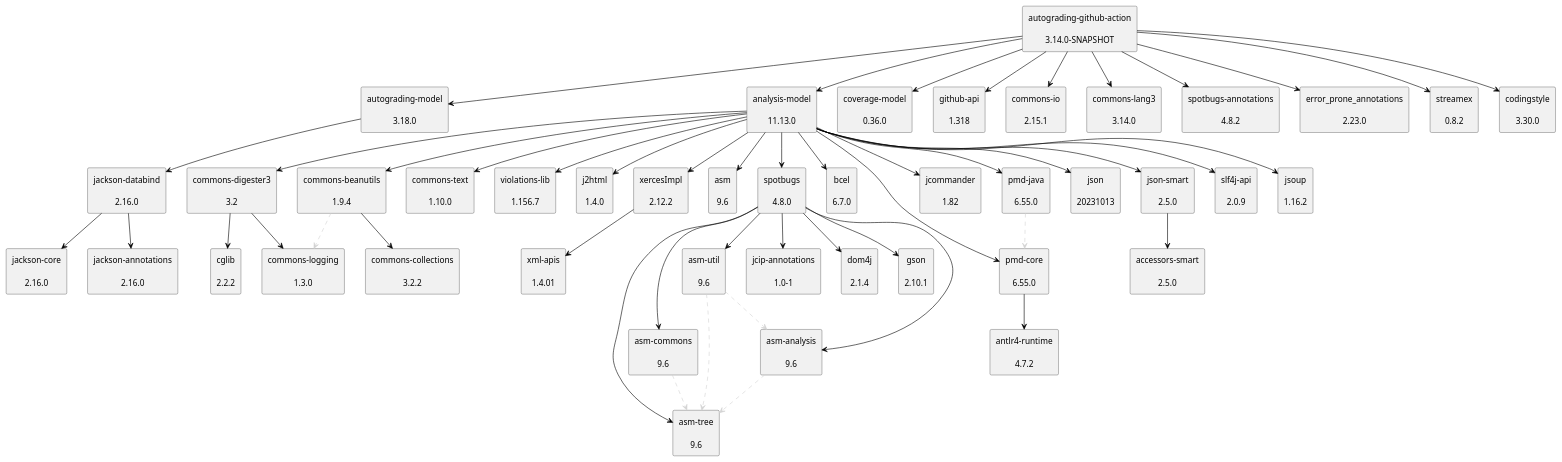
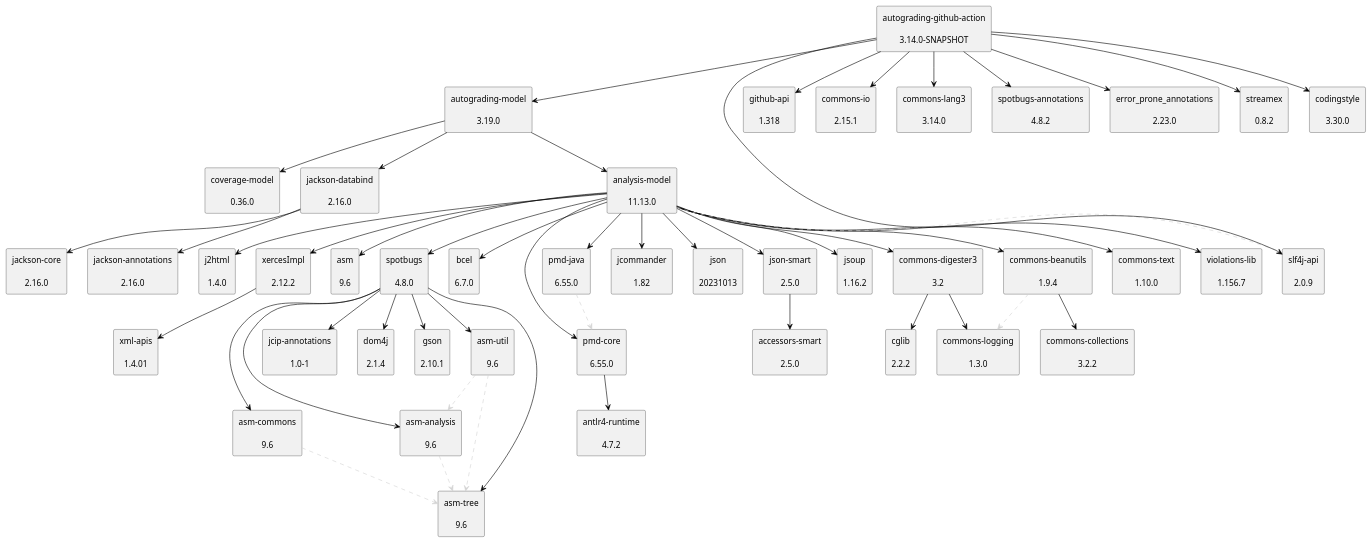
Before and after one commit to uhafner/autograding-github-action: the diagram in doc/dependency-graph.puml, drawn with PlantUML. The commit also changed 4 other files, not shown here.

```diff
--- a/doc/dependency-graph.puml
+++ b/doc/dependency-graph.puml
@@ -1,100 +1,101 @@
 @startuml
 skinparam defaultTextAlignment center
 skinparam rectangle {
   BackgroundColor<<optional>> beige
   BackgroundColor<<test>> lightGreen
   BackgroundColor<<runtime>> lightBlue
   BackgroundColor<<provided>> lightGray
 }
-rectangle "jackson-databind\n\n2.16.0" as com_fasterxml_jackson_core_jackson_databind_jar
-rectangle "jackson-annotations\n\n2.16.0" as com_fasterxml_jackson_core_jackson_annotations_jar
-rectangle "jackson-core\n\n2.16.0" as com_fasterxml_jackson_core_jackson_core_jar
-rectangle "autograding-model\n\n3.18.0" as edu_hm_hafner_autograding_model_jar
-rectangle "autograding-github-action\n\n3.14.0-SNAPSHOT" as edu_hm_hafner_autograding_github_action_jar
 rectangle "analysis-model\n\n11.13.0" as edu_hm_hafner_analysis_model_jar
 rectangle "jsoup\n\n1.16.2" as org_jsoup_jsoup_jar
 rectangle "commons-digester3\n\n3.2" as org_apache_commons_commons_digester3_jar
 rectangle "cglib\n\n2.2.2" as cglib_cglib_jar
 rectangle "commons-logging\n\n1.3.0" as commons_logging_commons_logging_jar
 rectangle "commons-beanutils\n\n1.9.4" as commons_beanutils_commons_beanutils_jar
 rectangle "commons-collections\n\n3.2.2" as commons_collections_commons_collections_jar
 rectangle "commons-text\n\n1.10.0" as org_apache_commons_commons_text_jar
 rectangle "violations-lib\n\n1.156.7" as se_bjurr_violations_violations_lib_jar
 rectangle "j2html\n\n1.4.0" as com_j2html_j2html_jar
 rectangle "xercesImpl\n\n2.12.2" as xerces_xercesImpl_jar
 rectangle "xml-apis\n\n1.4.01" as xml_apis_xml_apis_jar
 rectangle "asm\n\n9.6" as org_ow2_asm_asm_jar
 rectangle "asm-analysis\n\n9.6" as org_ow2_asm_asm_analysis_jar
 rectangle "asm-tree\n\n9.6" as org_ow2_asm_asm_tree_jar
 rectangle "spotbugs\n\n4.8.0" as com_github_spotbugs_spotbugs_jar
 rectangle "asm-commons\n\n9.6" as org_ow2_asm_asm_commons_jar
 rectangle "asm-util\n\n9.6" as org_ow2_asm_asm_util_jar
 rectangle "jcip-annotations\n\n1.0-1" as com_github_stephenc_jcip_jcip_annotations_jar
 rectangle "dom4j\n\n2.1.4" as org_dom4j_dom4j_jar
 rectangle "gson\n\n2.10.1" as com_google_code_gson_gson_jar
 rectangle "bcel\n\n6.7.0" as org_apache_bcel_bcel_jar
 rectangle "pmd-core\n\n6.55.0" as net_sourceforge_pmd_pmd_core_jar
 rectangle "antlr4-runtime\n\n4.7.2" as org_antlr_antlr4_runtime_jar
 rectangle "jcommander\n\n1.82" as com_beust_jcommander_jar
 rectangle "pmd-java\n\n6.55.0" as net_sourceforge_pmd_pmd_java_jar
 rectangle "json\n\n20231013" as org_json_json_jar
 rectangle "json-smart\n\n2.5.0" as net_minidev_json_smart_jar
 rectangle "accessors-smart\n\n2.5.0" as net_minidev_accessors_smart_jar
 rectangle "slf4j-api\n\n2.0.9" as org_slf4j_slf4j_api_jar
+rectangle "autograding-model\n\n3.19.0" as edu_hm_hafner_autograding_model_jar
 rectangle "coverage-model\n\n0.36.0" as edu_hm_hafner_coverage_model_jar
+rectangle "jackson-databind\n\n2.16.0" as com_fasterxml_jackson_core_jackson_databind_jar
+rectangle "jackson-annotations\n\n2.16.0" as com_fasterxml_jackson_core_jackson_annotations_jar
+rectangle "jackson-core\n\n2.16.0" as com_fasterxml_jackson_core_jackson_core_jar
+rectangle "autograding-github-action\n\n3.14.0-SNAPSHOT" as edu_hm_hafner_autograding_github_action_jar
 rectangle "github-api\n\n1.318" as org_kohsuke_github_api_jar
 rectangle "commons-io\n\n2.15.1" as commons_io_commons_io_jar
 rectangle "commons-lang3\n\n3.14.0" as org_apache_commons_commons_lang3_jar
 rectangle "spotbugs-annotations\n\n4.8.2" as com_github_spotbugs_spotbugs_annotations_jar
 rectangle "error_prone_annotations\n\n2.23.0" as com_google_errorprone_error_prone_annotations_jar
 rectangle "streamex\n\n0.8.2" as one_util_streamex_jar
 rectangle "codingstyle\n\n3.30.0" as edu_hm_hafner_codingstyle_jar
-com_fasterxml_jackson_core_jackson_databind_jar -[#000000]-> com_fasterxml_jackson_core_jackson_annotations_jar
-com_fasterxml_jackson_core_jackson_databind_jar -[#000000]-> com_fasterxml_jackson_core_jackson_core_jar
-edu_hm_hafner_autograding_model_jar -[#000000]-> com_fasterxml_jackson_core_jackson_databind_jar
-edu_hm_hafner_autograding_github_action_jar -[#000000]-> edu_hm_hafner_autograding_model_jar
 edu_hm_hafner_analysis_model_jar -[#000000]-> org_jsoup_jsoup_jar
 org_apache_commons_commons_digester3_jar -[#000000]-> cglib_cglib_jar
 org_apache_commons_commons_digester3_jar -[#000000]-> commons_logging_commons_logging_jar
 edu_hm_hafner_analysis_model_jar -[#000000]-> org_apache_commons_commons_digester3_jar
 commons_beanutils_commons_beanutils_jar .[#D3D3D3].> commons_logging_commons_logging_jar
 commons_beanutils_commons_beanutils_jar -[#000000]-> commons_collections_commons_collections_jar
 edu_hm_hafner_analysis_model_jar -[#000000]-> commons_beanutils_commons_beanutils_jar
 edu_hm_hafner_analysis_model_jar -[#000000]-> org_apache_commons_commons_text_jar
 edu_hm_hafner_analysis_model_jar -[#000000]-> se_bjurr_violations_violations_lib_jar
 edu_hm_hafner_analysis_model_jar -[#000000]-> com_j2html_j2html_jar
 xerces_xercesImpl_jar -[#000000]-> xml_apis_xml_apis_jar
 edu_hm_hafner_analysis_model_jar -[#000000]-> xerces_xercesImpl_jar
 edu_hm_hafner_analysis_model_jar -[#000000]-> org_ow2_asm_asm_jar
 org_ow2_asm_asm_analysis_jar .[#D3D3D3].> org_ow2_asm_asm_tree_jar
 com_github_spotbugs_spotbugs_jar -[#000000]-> org_ow2_asm_asm_analysis_jar
 org_ow2_asm_asm_commons_jar .[#D3D3D3].> org_ow2_asm_asm_tree_jar
 com_github_spotbugs_spotbugs_jar -[#000000]-> org_ow2_asm_asm_commons_jar
 com_github_spotbugs_spotbugs_jar -[#000000]-> org_ow2_asm_asm_tree_jar
 org_ow2_asm_asm_util_jar .[#D3D3D3].> org_ow2_asm_asm_tree_jar
 org_ow2_asm_asm_util_jar .[#D3D3D3].> org_ow2_asm_asm_analysis_jar
 com_github_spotbugs_spotbugs_jar -[#000000]-> org_ow2_asm_asm_util_jar
 com_github_spotbugs_spotbugs_jar -[#000000]-> com_github_stephenc_jcip_jcip_annotations_jar
 com_github_spotbugs_spotbugs_jar -[#000000]-> org_dom4j_dom4j_jar
 com_github_spotbugs_spotbugs_jar -[#000000]-> com_google_code_gson_gson_jar
 edu_hm_hafner_analysis_model_jar -[#000000]-> com_github_spotbugs_spotbugs_jar
 edu_hm_hafner_analysis_model_jar -[#000000]-> org_apache_bcel_bcel_jar
 net_sourceforge_pmd_pmd_core_jar -[#000000]-> org_antlr_antlr4_runtime_jar
 edu_hm_hafner_analysis_model_jar -[#000000]-> net_sourceforge_pmd_pmd_core_jar
 edu_hm_hafner_analysis_model_jar -[#000000]-> com_beust_jcommander_jar
 net_sourceforge_pmd_pmd_java_jar .[#D3D3D3].> net_sourceforge_pmd_pmd_core_jar
 edu_hm_hafner_analysis_model_jar -[#000000]-> net_sourceforge_pmd_pmd_java_jar
 edu_hm_hafner_analysis_model_jar -[#000000]-> org_json_json_jar
 net_minidev_json_smart_jar -[#000000]-> net_minidev_accessors_smart_jar
 edu_hm_hafner_analysis_model_jar -[#000000]-> net_minidev_json_smart_jar
-edu_hm_hafner_analysis_model_jar -[#000000]-> org_slf4j_slf4j_api_jar
-edu_hm_hafner_autograding_github_action_jar -[#000000]-> edu_hm_hafner_analysis_model_jar
-edu_hm_hafner_autograding_github_action_jar -[#000000]-> edu_hm_hafner_coverage_model_jar
+edu_hm_hafner_analysis_model_jar .[#D3D3D3].> org_slf4j_slf4j_api_jar
+edu_hm_hafner_autograding_model_jar -[#000000]-> edu_hm_hafner_analysis_model_jar
+edu_hm_hafner_autograding_model_jar -[#000000]-> edu_hm_hafner_coverage_model_jar
+com_fasterxml_jackson_core_jackson_databind_jar -[#000000]-> com_fasterxml_jackson_core_jackson_annotations_jar
+com_fasterxml_jackson_core_jackson_databind_jar -[#000000]-> com_fasterxml_jackson_core_jackson_core_jar
+edu_hm_hafner_autograding_model_jar -[#000000]-> com_fasterxml_jackson_core_jackson_databind_jar
+edu_hm_hafner_autograding_github_action_jar -[#000000]-> edu_hm_hafner_autograding_model_jar
 edu_hm_hafner_autograding_github_action_jar -[#000000]-> org_kohsuke_github_api_jar
 edu_hm_hafner_autograding_github_action_jar -[#000000]-> commons_io_commons_io_jar
 edu_hm_hafner_autograding_github_action_jar -[#000000]-> org_apache_commons_commons_lang3_jar
+edu_hm_hafner_autograding_github_action_jar -[#000000]-> org_slf4j_slf4j_api_jar
 edu_hm_hafner_autograding_github_action_jar -[#000000]-> com_github_spotbugs_spotbugs_annotations_jar
 edu_hm_hafner_autograding_github_action_jar -[#000000]-> com_google_errorprone_error_prone_annotations_jar
 edu_hm_hafner_autograding_github_action_jar -[#000000]-> one_util_streamex_jar
 edu_hm_hafner_autograding_github_action_jar -[#000000]-> edu_hm_hafner_codingstyle_jar
 @enduml
```
